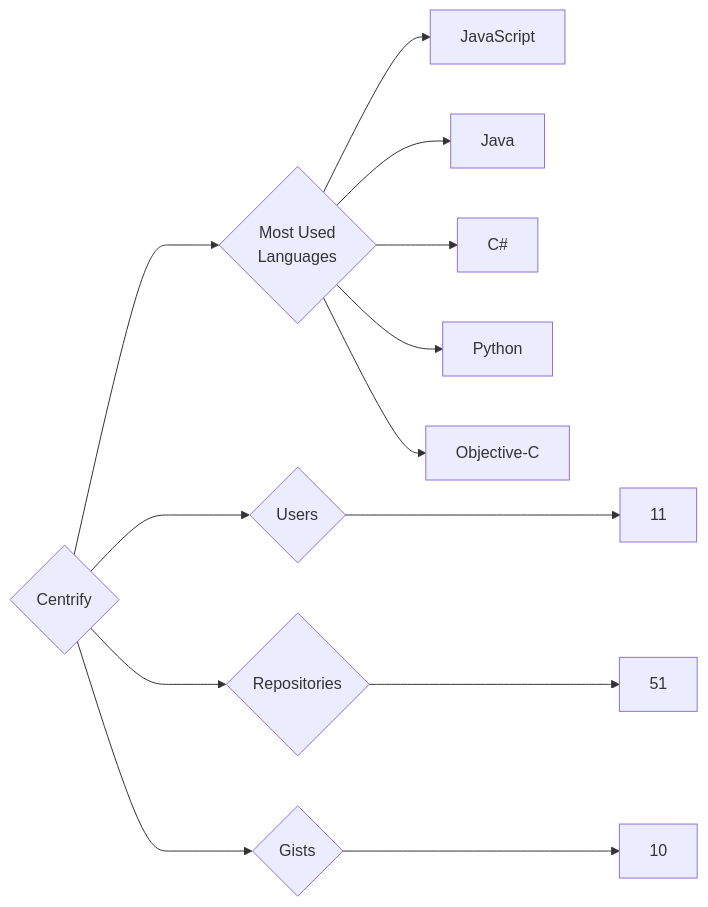
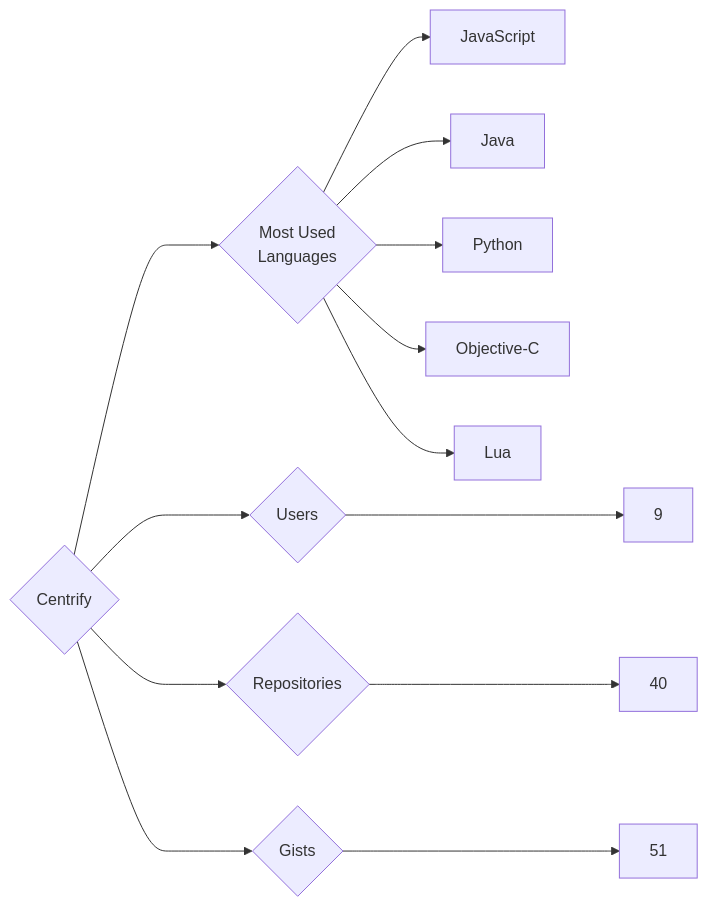
The diagram in targets/Centrify/README.md (trickest/insiders), drawn with Mermaid before and after one commit. The commit also changed 1055 other files, not shown here.

````diff
--- a/targets/Centrify/README.md
+++ b/targets/Centrify/README.md
@@ -3,13 +3,13 @@
 ```mermaid
 graph LR
 COMPANY_NAME{Centrify}
-COMPANY_NAME ---> U{Users} ---> UN[11]
-COMPANY_NAME ---> R{Repositories} ---> RN[51]
-COMPANY_NAME ---> G{Gists} ---> GN[10]
+COMPANY_NAME ---> U{Users} ---> UN[9]
+COMPANY_NAME ---> R{Repositories} ---> RN[40]
+COMPANY_NAME ---> G{Gists} ---> GN[51]
 COMPANY_NAME ---> ML{Most Used<br>Languages}
 ML --> JavaScript[JavaScript]
 ML --> Java[Java]
-ML --> C#[C#]
 ML --> Python[Python]
 ML --> Objective-C[Objective-C]
+ML --> Lua[Lua]
 ```
````
